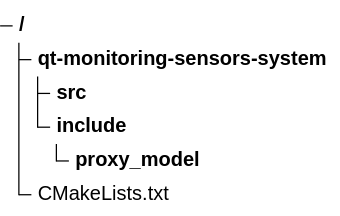
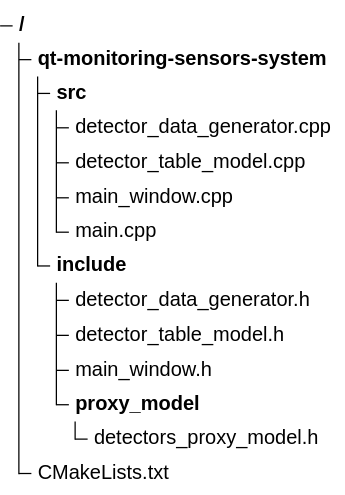
One commit to Mob1le/qt-monitoring-sensors-system changed the first of 2 diagrams in README.md. Above: the diagram before and after it, drawn with Mermaid. The commit also changed other lines of this file, not shown here.

````diff
--- a/README.md
+++ b/README.md
@@ -13,8 +22,16 @@
 ```mermaid
 treeView-beta
 "qt-monitoring-sensors-system/"
     "src/"
+        "detector_data_generator.cpp"
+        "detector_table_model.cpp"
+        "main_window.cpp"
+        "main.cpp"
     "include/"
-      "proxy_model/"
+        "detector_data_generator.h"
+        "detector_table_model.h"
+        "main_window.h"
+        "proxy_model/"
+            "detectors_proxy_model.h"
 "CMakeLists.txt"
 ```
````
